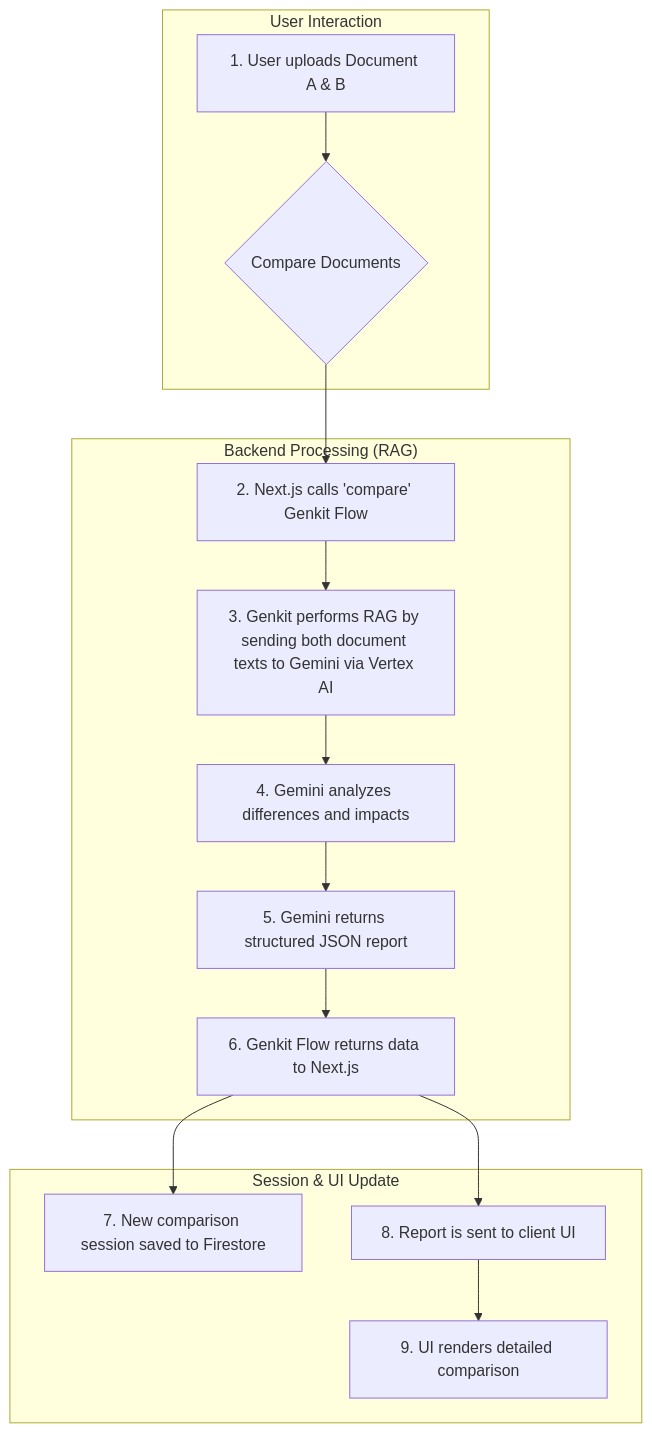
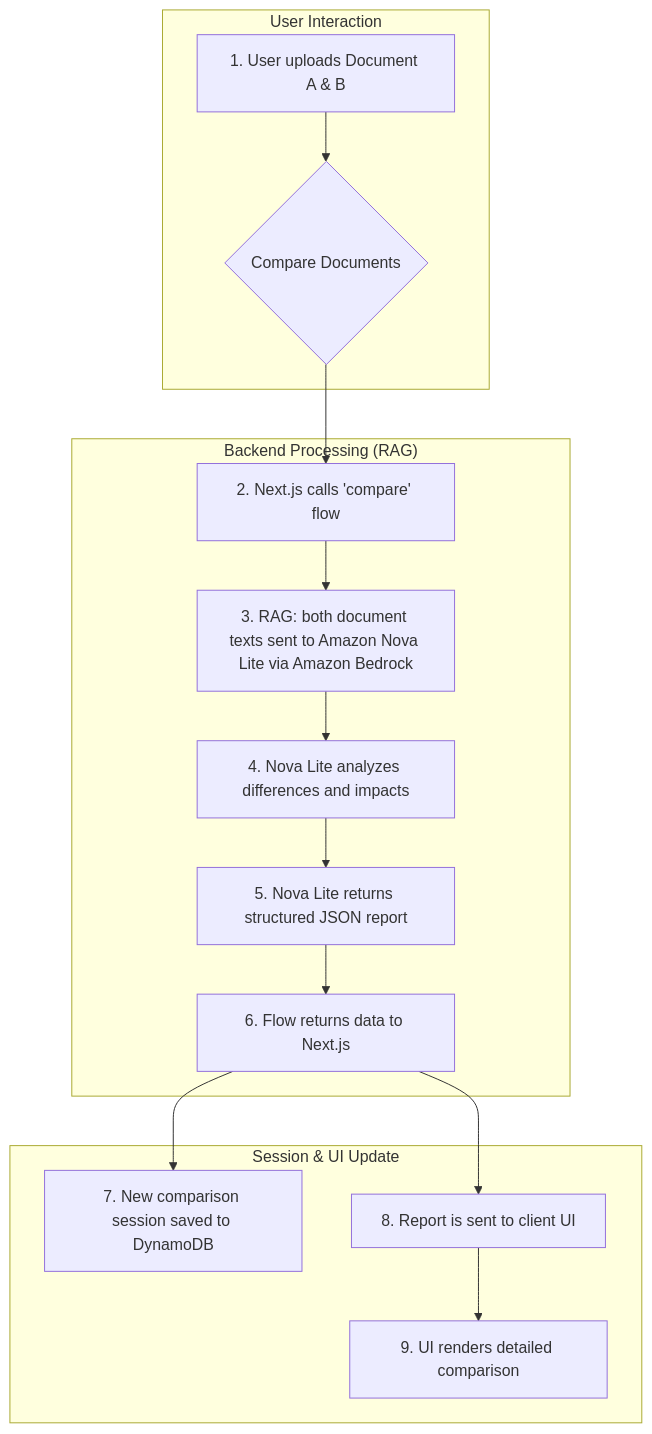
The fourth of 4 diagrams in README.md (AnjKal/VidhikAI_Final), drawn with Mermaid before and after one commit. The commit also changed other lines of this file, not shown here.

````diff
--- a/README.md
+++ b/README.md
@@ -153,18 +335,18 @@
 ```mermaid
 graph TD
     subgraph User Interaction
         A["1. User uploads Document A & B"] --> B{"Compare Documents"};
     end
     subgraph "Backend Processing (RAG)"
-        B --> C["2. Next.js calls 'compare' Genkit Flow"];
-        C --> D["3. Genkit performs RAG by sending both document texts to Gemini via Vertex AI"];
-        D --> E["4. Gemini analyzes differences and impacts"];
-        E --> F["5. Gemini returns structured JSON report"];
-        F --> G["6. Genkit Flow returns data to Next.js"];
+        B --> C["2. Next.js calls 'compare' flow"];
+        C --> D["3. RAG: both document texts sent to Amazon Nova Lite via Amazon Bedrock"];
+        D --> E["4. Nova Lite analyzes differences and impacts"];
+        E --> F["5. Nova Lite returns structured JSON report"];
+        F --> G["6. Flow returns data to Next.js"];
     end
     subgraph Session & UI Update
-        G --> H["7. New comparison session saved to Firestore"];
+        G --> H["7. New comparison session saved to DynamoDB"];
         G --> I["8. Report is sent to client UI"];
         I --> J["9. UI renders detailed comparison"];
     end
 ```
````
